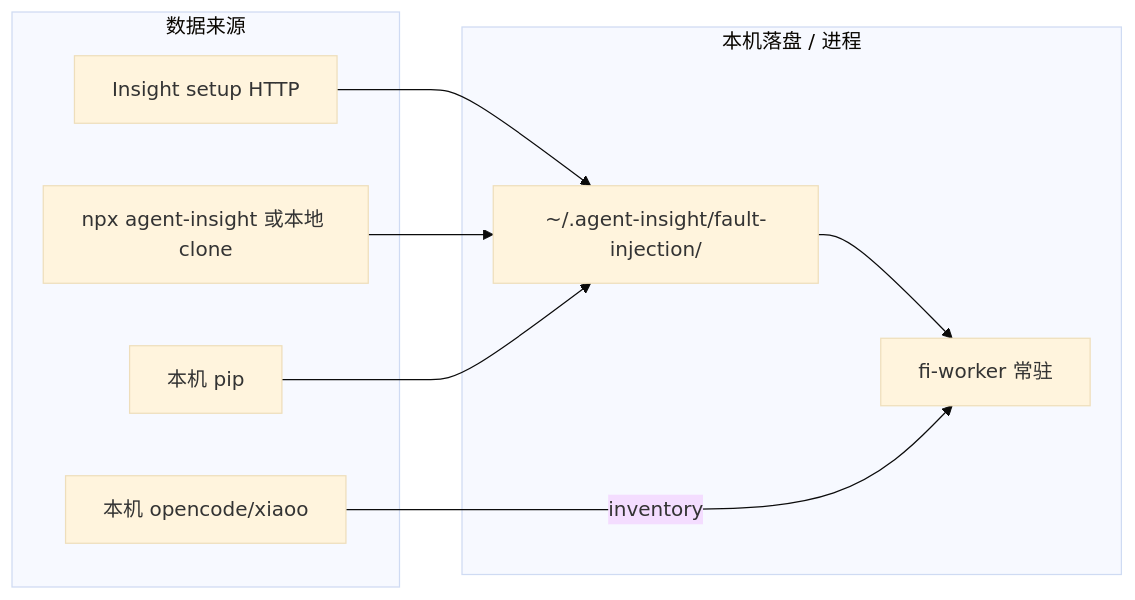
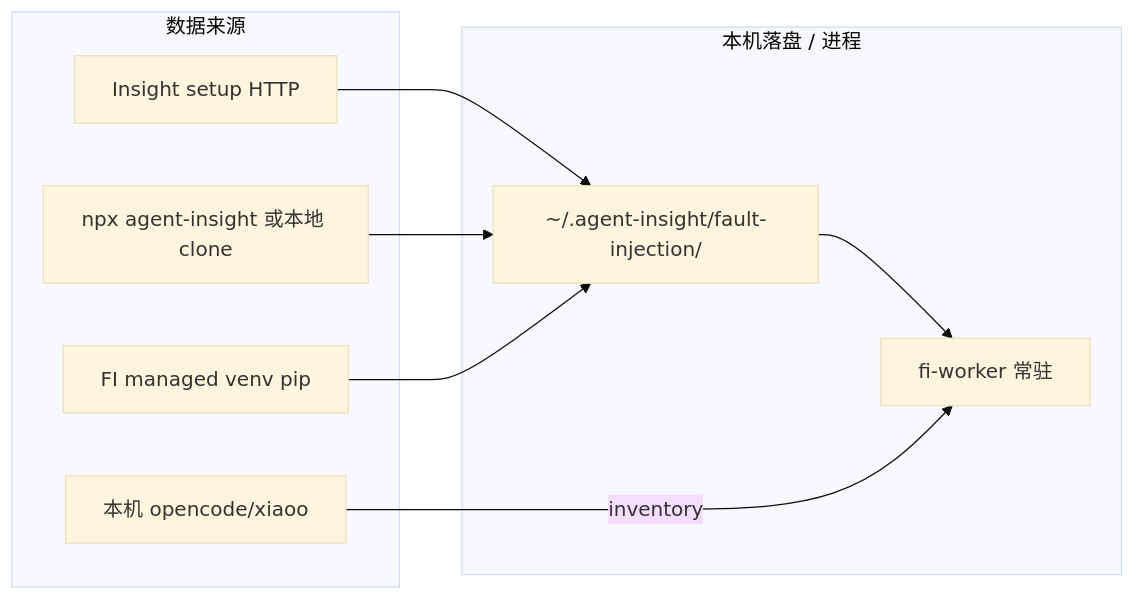
Before and after one commit to openeuler-mirror/agent-insight: the fifth of 5 diagrams in docs/agent-fault-injection/guides/local-install-process.md, drawn with Mermaid (base theme). The commit also changed other lines of this file and 22 other files, not shown here.

````diff
--- a/docs/agent-fault-injection/guides/local-install-process.md
+++ b/docs/agent-fault-injection/guides/local-install-process.md
@@ -260,18 +272,18 @@
 ```mermaid
 flowchart LR
   subgraph sources ["数据来源"]
     InsightSetup["Insight setup HTTP"]
     NpmOrRepo["npx agent-insight 或本地 clone"]
-    LocalPip["本机 pip"]
+    ManagedPip["FI managed venv pip"]
     LocalAgents["本机 opencode/xiaoo"]
   end
   subgraph sinks ["本机落盘 / 进程"]
     FiDir["~/.agent-insight/fault-injection/"]
     Worker["fi-worker 常驻"]
   end
   InsightSetup --> FiDir
   NpmOrRepo --> FiDir
-  LocalPip --> FiDir
+  ManagedPip --> FiDir
   FiDir --> Worker
   LocalAgents -->|"inventory"| Worker
 ```
````
